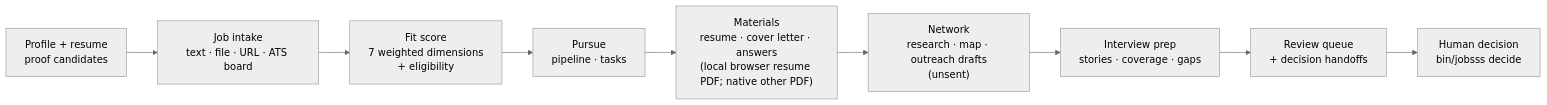
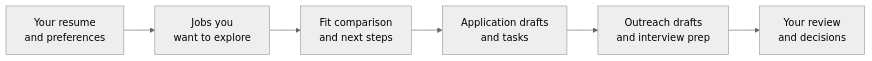
The diagram in README.md (lpbangun/jobsss), drawn with Mermaid (neutral theme) before and after one commit. The commit also changed other lines of this file and 14 other files, not shown here.

````diff
--- a/README.md
+++ b/README.md
@@ -217,11 +102,8 @@
 ```mermaid
 flowchart LR
-  P["Profile + resume<br/>proof candidates"] --> I["Job intake<br/>text · file · URL · ATS board"]
-  I --> S["Fit score<br/>7 weighted dimensions<br/>+ eligibility"]
-  S --> U["Pursue<br/>pipeline · tasks"]
-  U --> M["Materials<br/>resume · cover letter · answers<br/>(local browser resume PDF; native other PDF)"]
-  M --> N["Network<br/>research · map · outreach drafts<br/>(unsent)"]
-  N --> V["Interview prep<br/>stories · coverage · gaps"]
-  V --> R["Review queue<br/>+ decision handoffs"]
-  R --> H["Human decision<br/>bin/jobsss decide"]
+  P["Your resume<br/>and preferences"] --> J["Jobs you<br/>want to explore"]
+  J --> F["Fit comparison<br/>and next steps"]
+  F --> A["Application drafts<br/>and tasks"]
+  A --> N["Outreach drafts<br/>and interview prep"]
+  N --> R["Your review<br/>and decisions"]
 ```
````
